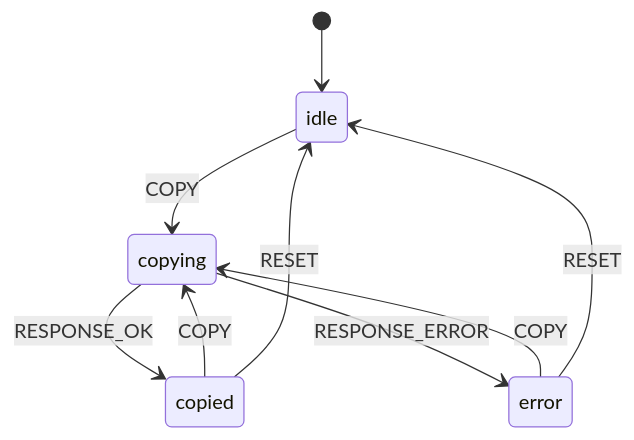
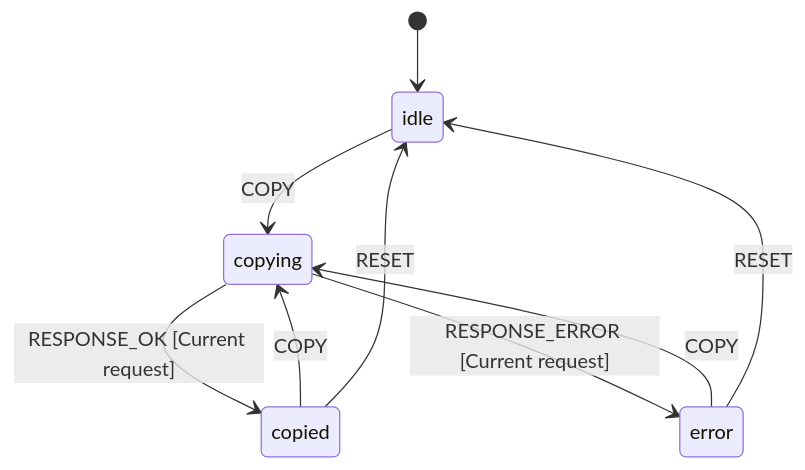
Diagram 33 of 52 in docs/contributing/state-machines.md (kody-hq/kody), drawn with Mermaid before and after one commit. The commit also changed other lines of this file and 100 other files, not shown here.

````diff
--- a/docs/contributing/state-machines.md
+++ b/docs/contributing/state-machines.md
@@ -1100,11 +1100,11 @@
 ```mermaid
 stateDiagram-v2
     [*] --> idle
     idle --> copying: COPY
-    copying --> copied: RESPONSE_OK
-    copying --> error: RESPONSE_ERROR
+    copying --> copied: RESPONSE_OK [Current request]
+    copying --> error: RESPONSE_ERROR [Current request]
     copied --> copying: COPY
     copied --> idle: RESET
     error --> copying: COPY
     error --> idle: RESET
 ```
````
